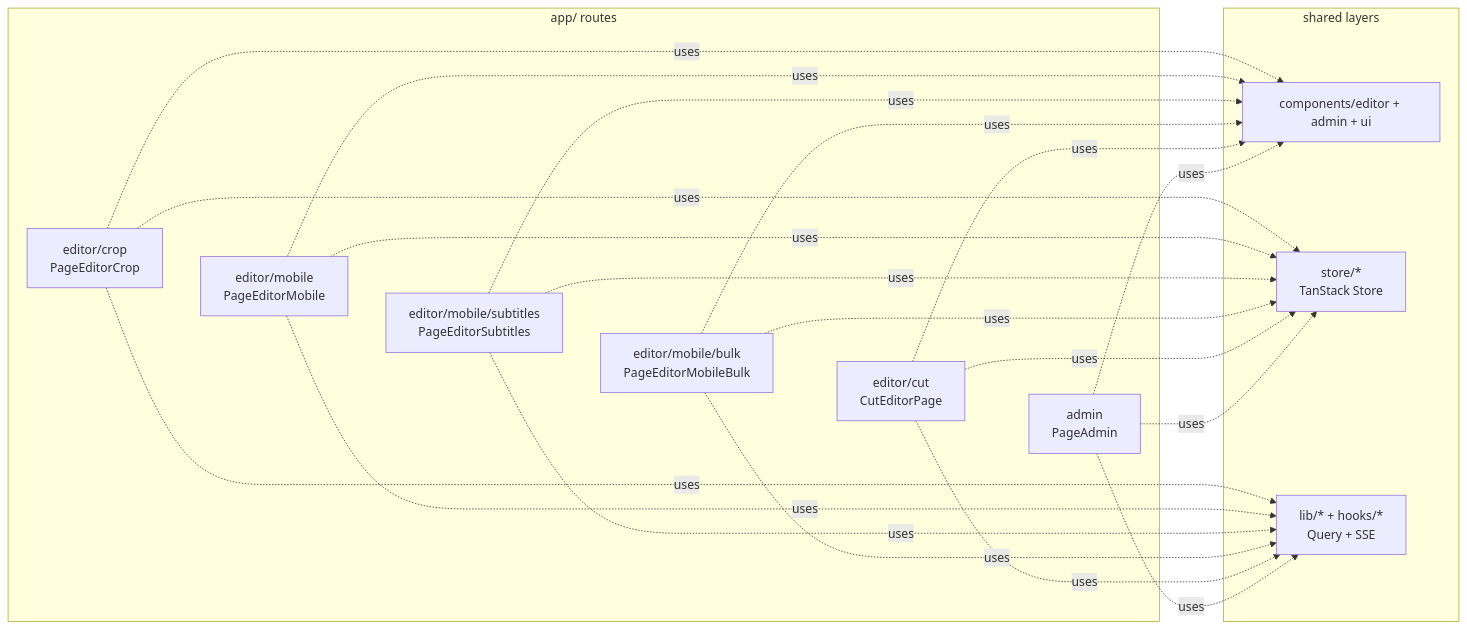
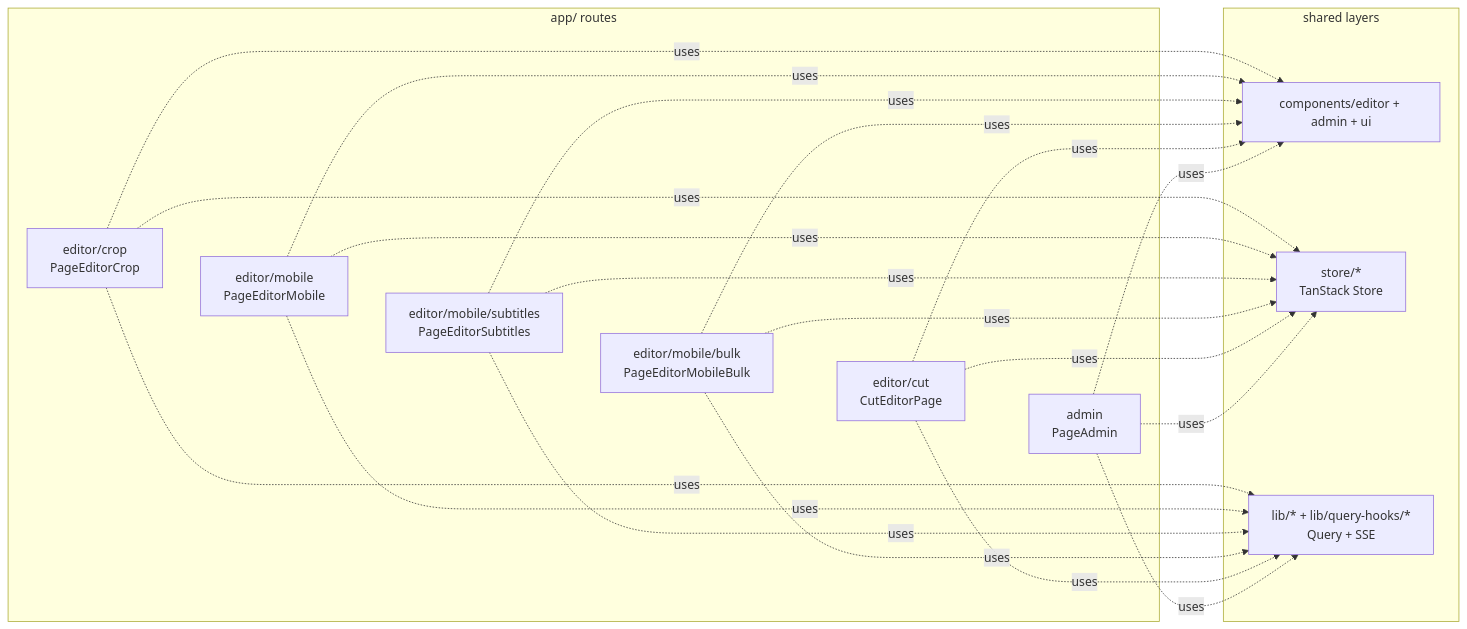
Before and after one commit to Iipal/ffmpego_editor: the second of 10 diagrams in apps/web/README.md, drawn with Mermaid.

````diff
--- a/apps/web/README.md
+++ b/apps/web/README.md
@@ -26,26 +26,26 @@
 ```mermaid
 flowchart LR
     subgraph Pages["app/ routes"]
         Crop["editor/crop<br/>PageEditorCrop"]
         Mob["editor/mobile<br/>PageEditorMobile"]
         Sub["editor/mobile/subtitles<br/>PageEditorSubtitles"]
         Bulk["editor/mobile/bulk<br/>PageEditorMobileBulk"]
         Cut["editor/cut<br/>CutEditorPage"]
         Adm["admin<br/>PageAdmin"]
     end
 
     Crop ~~~ Mob ~~~ Sub ~~~ Bulk ~~~ Cut ~~~ Adm
 
     subgraph Shared["shared layers"]
         Comp["components/editor + admin + ui"]
         Store["store/*<br/>TanStack Store"]
-        Lib["lib/* + hooks/*<br/>Query + SSE"]
+        Lib["lib/* + lib/query-hooks/*<br/>Query + SSE"]
     end
 
     Crop -. uses .-> Comp & Store & Lib
     Mob -. uses .-> Comp & Store & Lib
     Sub -. uses .-> Comp & Store & Lib
     Bulk -. uses .-> Comp & Store & Lib
     Cut -. uses .-> Comp & Store & Lib
     Adm -. uses .-> Comp & Store & Lib
 ```
````
